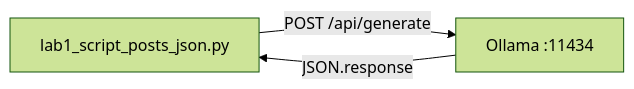
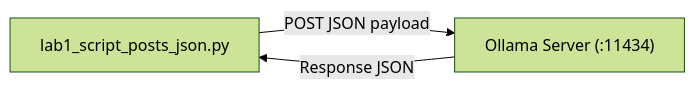
Before and after one commit to jacobbweber/AgenticAI-Labs: the diagram in education/00_atoms/lab1_script_posts_json.md, drawn with Mermaid (forest theme). The commit also changed other lines of this file and 123 other files, not shown here.

````diff
--- a/education/00_atoms/lab1_script_posts_json.md
+++ b/education/00_atoms/lab1_script_posts_json.md
@@ -12,5 +16,5 @@
 ```mermaid
 flowchart LR
-    A["lab1_script_posts_json.py"] -->|"POST /api/generate"| B["Ollama :11434"]
-    B -->|"JSON.response"| A
+    A["lab1_script_posts_json.py"] -->|"POST JSON payload"| B["Ollama Server (:11434)"]
+    B -->|"Response JSON"| A
 ```
````
